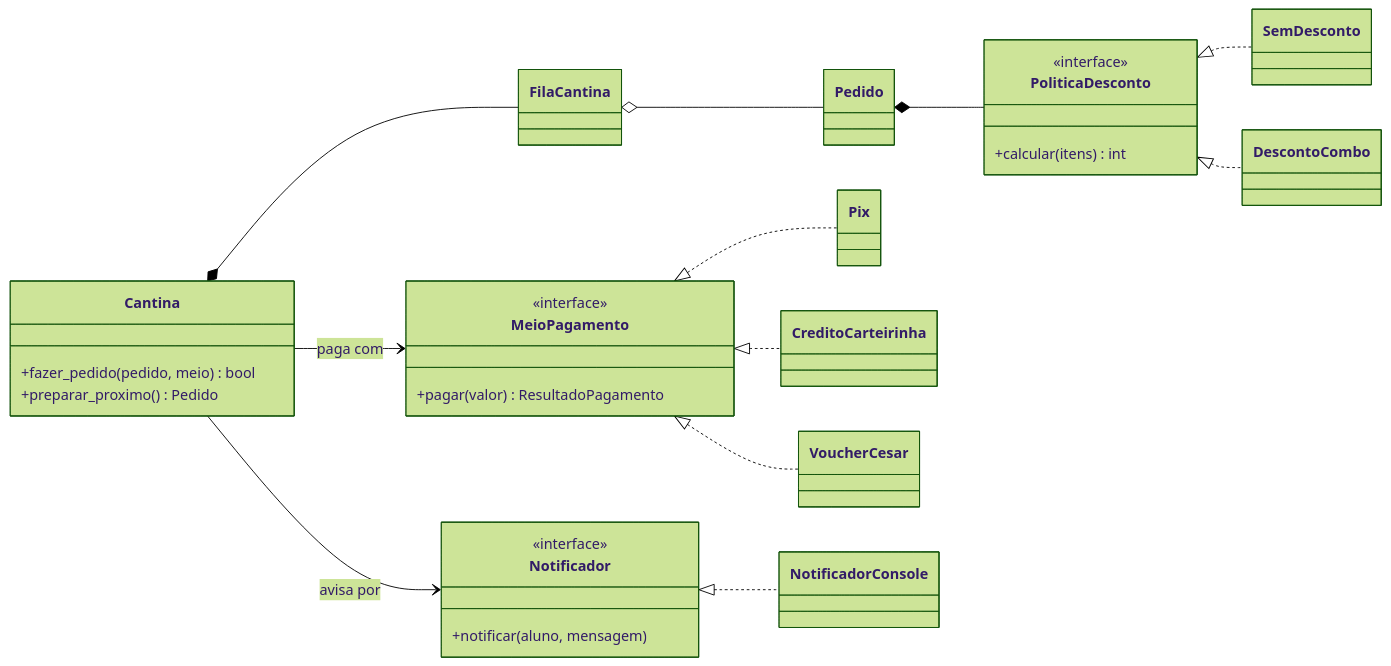
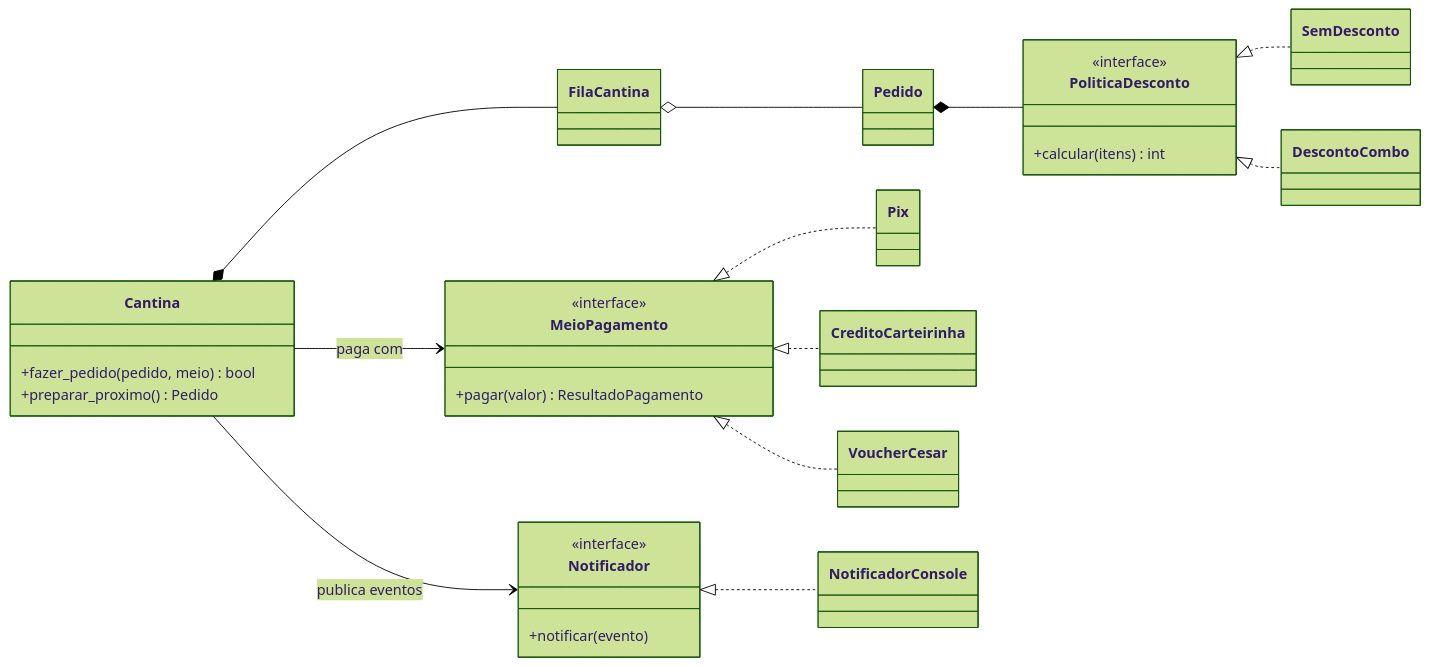
One commit to brenoferreirasouto-lgtm/cantina-cesar-poc changed the diagram in README.md. Above: the diagram before and after it, drawn with Mermaid (forest theme). The commit also changed other lines of this file, not shown here.

````diff
--- a/README.md
+++ b/README.md
@@ -60,31 +63,31 @@
 ```mermaid
 classDiagram
     direction LR
     class Cantina {
       +fazer_pedido(pedido, meio) bool
       +preparar_proximo() Pedido
     }
     class MeioPagamento {
       <<interface>>
       +pagar(valor) ResultadoPagamento
     }
     class Notificador {
       <<interface>>
-      +notificar(aluno, mensagem)
+      +notificar(evento)
     }
     class PoliticaDesconto {
       <<interface>>
       +calcular(itens) int
     }
     Cantina --> MeioPagamento : paga com
-    Cantina --> Notificador : avisa por
+    Cantina --> Notificador : publica eventos
     Cantina *-- FilaCantina
     FilaCantina o-- Pedido
     Pedido *-- PoliticaDesconto
     MeioPagamento <|.. Pix
     MeioPagamento <|.. CreditoCarteirinha
     MeioPagamento <|.. VoucherCesar
     Notificador <|.. NotificadorConsole
     PoliticaDesconto <|.. SemDesconto
     PoliticaDesconto <|.. DescontoCombo
 ```
````
